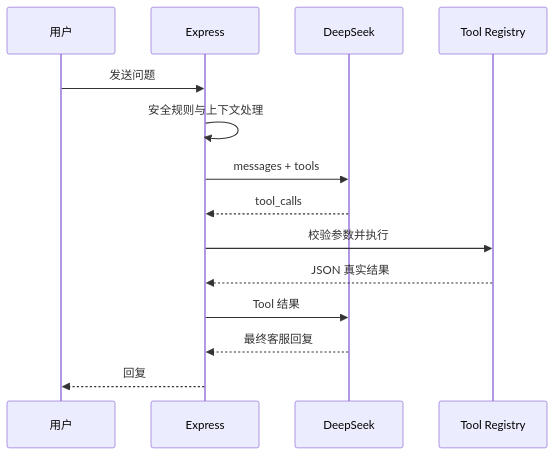
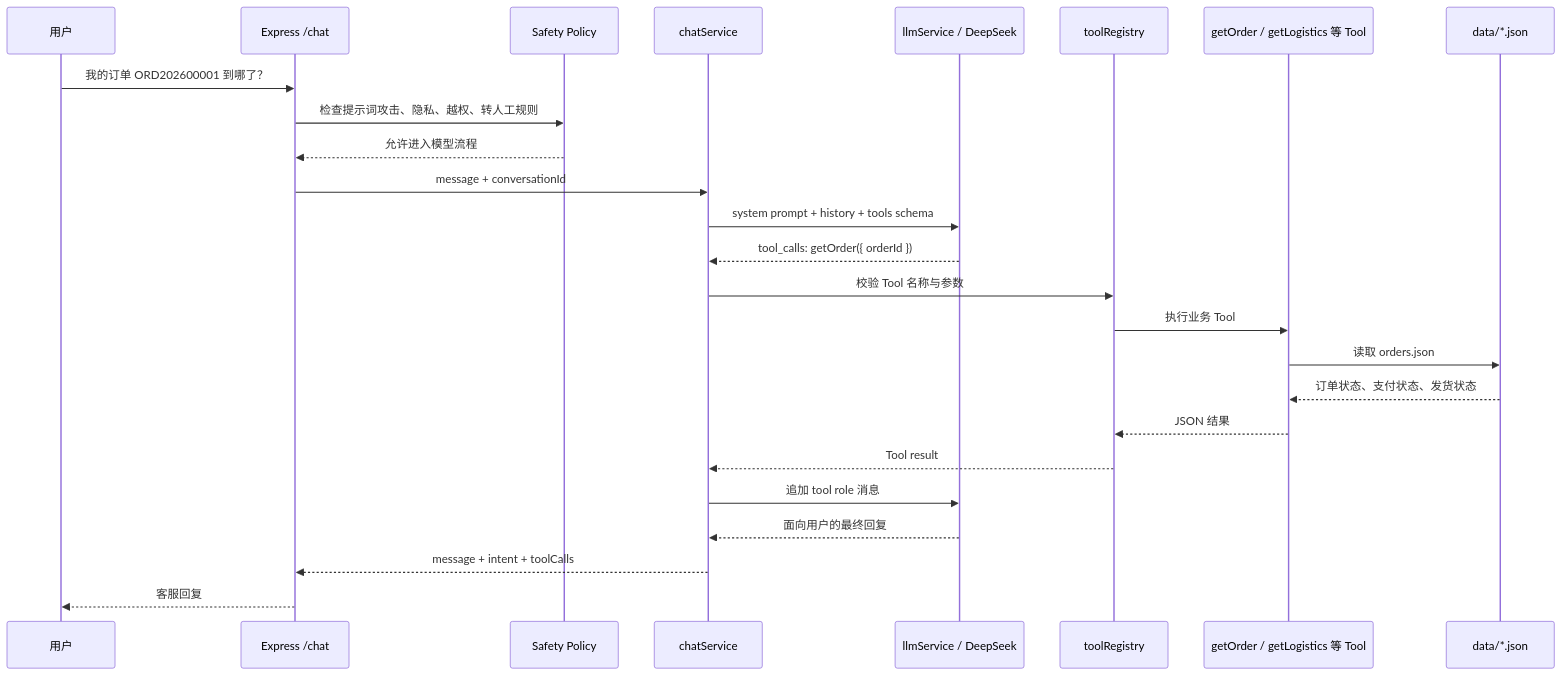
One commit to ACCS-0521/EcommerceAgent changed the second of 2 diagrams in README.md. Above: the diagram before and after it, drawn with Mermaid. The commit also changed other lines of this file and 1 other file, not shown here.

````diff
--- a/README.md
+++ b/README.md
@@ -44,16 +60,28 @@
 ```mermaid
 sequenceDiagram
-    participant User as 用户
-    participant API as Express
-    participant LLM as DeepSeek
-    participant Tool as Tool Registry
-    User->>API: 发送问题
-    API->>API: 安全规则与上下文处理
-    API->>LLM: messages + tools
-    LLM-->>API: tool_calls
-    API->>Tool: 校验参数并执行
-    Tool-->>API: JSON 真实结果
-    API->>LLM: Tool 结果
-    LLM-->>API: 最终客服回复
-    API-->>User: 回复
+    participant U as 用户
+    participant API as Express /chat
+    participant Safe as Safety Policy
+    participant Chat as chatService
+    participant LLM as llmService / DeepSeek
+    participant Reg as toolRegistry
+    participant Tool as getOrder / getLogistics 等 Tool
+    participant Data as data/*.json
+
+    U->>API: 我的订单 ORD202600001 到哪了？
+    API->>Safe: 检查提示词攻击、隐私、越权、转人工规则
+    Safe-->>API: 允许进入模型流程
+    API->>Chat: message + conversationId
+    Chat->>LLM: system prompt + history + tools schema
+    LLM-->>Chat: tool_calls: getOrder({ orderId })
+    Chat->>Reg: 校验 Tool 名称与参数
+    Reg->>Tool: 执行业务 Tool
+    Tool->>Data: 读取 orders.json
+    Data-->>Tool: 订单状态、支付状态、发货状态
+    Tool-->>Reg: JSON 结果
+    Reg-->>Chat: Tool result
+    Chat->>LLM: 追加 tool role 消息
+    LLM-->>Chat: 面向用户的最终回复
+    Chat-->>API: message + intent + toolCalls
+    API-->>U: 客服回复
 ```
````
